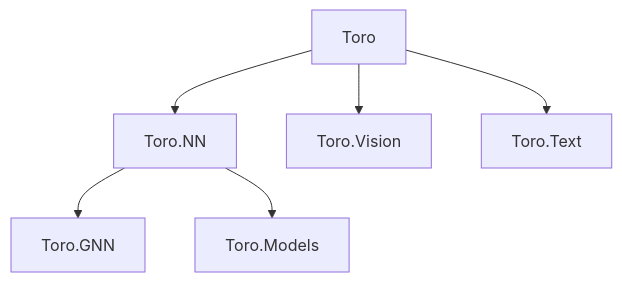
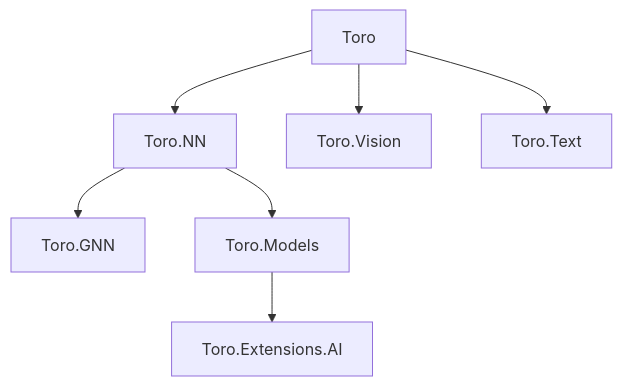
Before and after one commit to toro-ml/toro: the diagram in CODEMAP.md, drawn with Mermaid. The commit also changed other lines of this file and 11 other files, not shown here.

````diff
--- a/CODEMAP.md
+++ b/CODEMAP.md
@@ -9,8 +9,9 @@
 ```mermaid
 flowchart TD
     Toro --> Toro.NN
     Toro --> Toro.Vision
     Toro --> Toro.Text
     Toro.NN --> Toro.GNN
     Toro.NN --> Toro.Models
+    Toro.Models --> Toro.Extensions.AI
 ```
````
